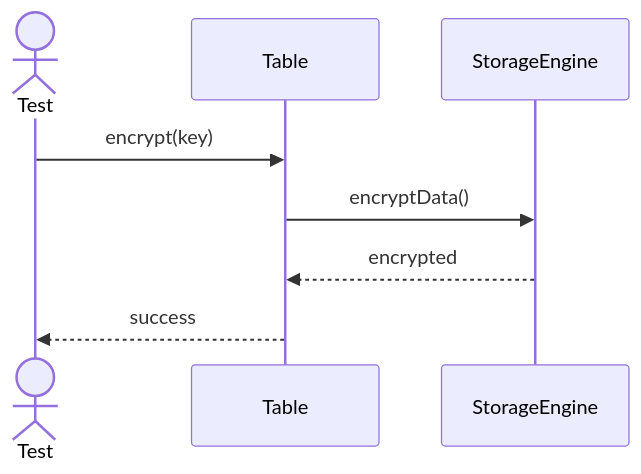
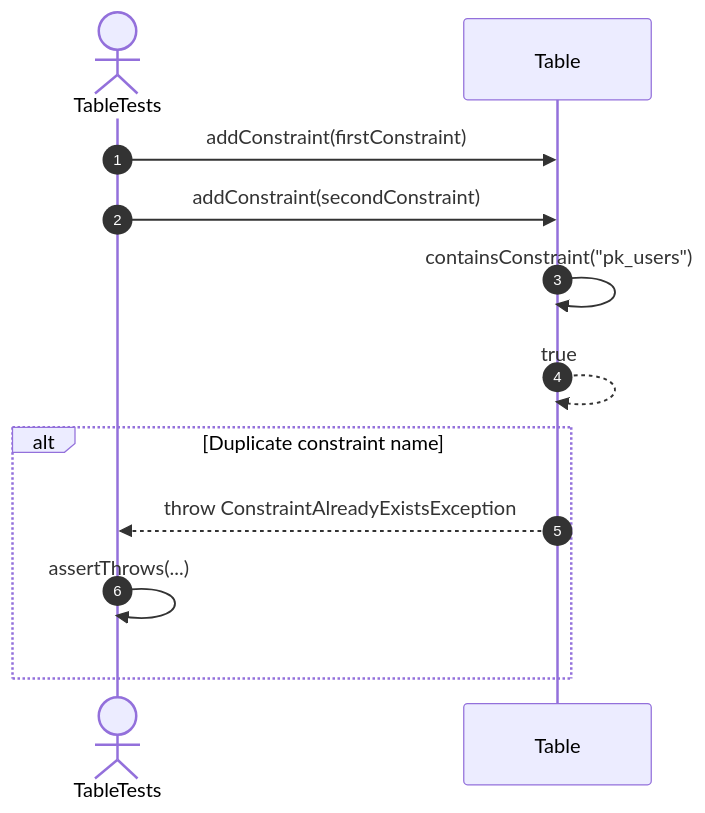
One commit to FhuAnn/-bbv-AN-s-DBMS changed diagram 16 of 20 in src/tests/unit/metadata/sequences/tables-testing.se.md. Above: the diagram before and after it, drawn with Mermaid. The commit also changed other lines of this file and 60 other files, not shown here.

Commit message:
refactor data table, row, column, constraint, index test file

````diff
--- a/src/tests/unit/metadata/sequences/tables-testing.se.md
+++ b/src/tests/unit/metadata/sequences/tables-testing.se.md
@@ -316,14 +288,16 @@
 ```mermaid
 sequenceDiagram
-actor Test
-participant Table
-participant StorageEngine
+    autonumber
+    actor Test as TableTests
+    participant Table as Table
 
-Test->>Table: encrypt(key)
+    Test->>Table: addConstraint(firstConstraint)
+    Test->>Table: addConstraint(secondConstraint)
+    Table->>Table: containsConstraint("pk_users")
+    Table-->>Table: true
 
-Table->>StorageEngine: encryptData()
-
-StorageEngine-->>Table: encrypted
-
-Table-->>Test: success
+    alt Duplicate constraint name
+        Table-->>Test: throw ConstraintAlreadyExistsException
+        Test->>Test: assertThrows(...)
+    end
 ```
````
